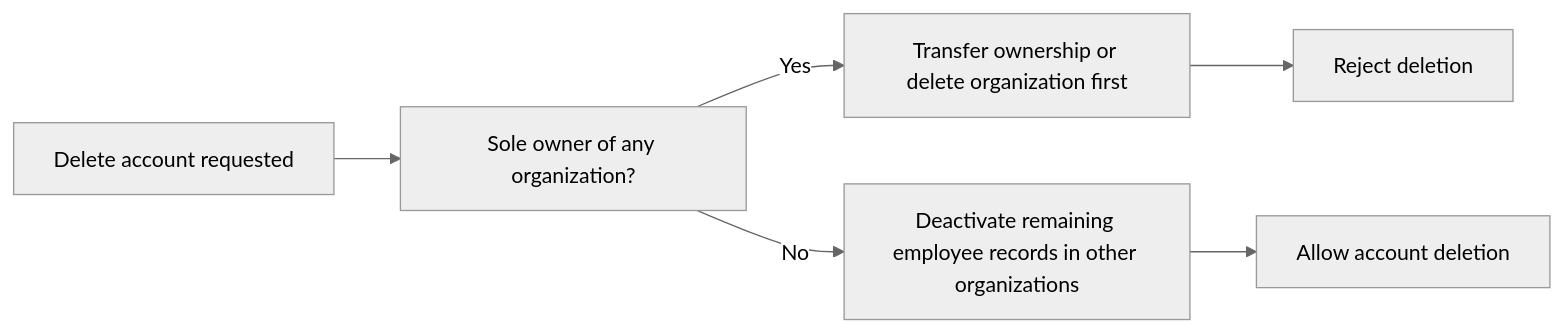
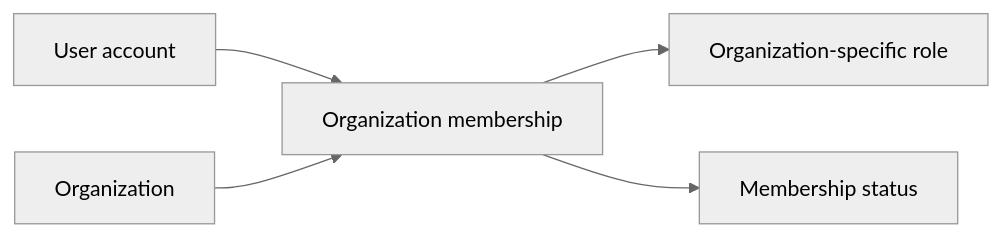
The fifth of 24 diagrams in openai/gpt-5.4-mini/erp/docs/analysis/04-business-rules.md (wrtnlabs/autobe-examples), drawn with Mermaid (neutral theme) before and after one commit. The commit also changed other lines of this file and 9017 other files, not shown here.

````diff
--- a/openai/gpt-5.4-mini/erp/docs/analysis/04-business-rules.md
+++ b/openai/gpt-5.4-mini/erp/docs/analysis/04-business-rules.md
@@ -136,8 +190,7 @@
 ```mermaid
 flowchart LR
-    A["Delete account requested"] --> B["Sole owner of any organization?"]
-    B -->|"Yes"| C["Transfer ownership or delete organization first"]
-    B -->|"No"| D["Deactivate remaining employee records in other organizations"]
-    C --> E["Reject deletion"]
-    D --> F["Allow account deletion"]
+    A["User account"] --> B["Organization membership"]
+    C["Organization"] --> B
+    B --> D["Organization-specific role"]
+    B --> E["Membership status"]
 ```
````
